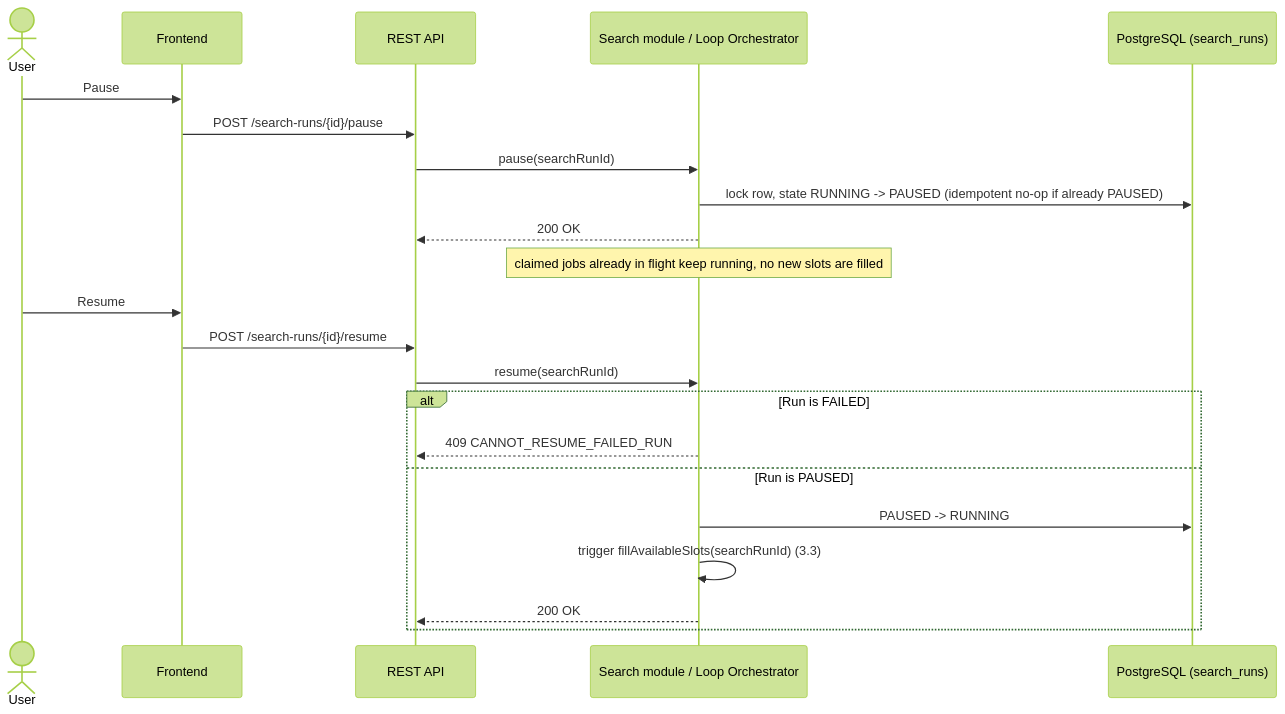
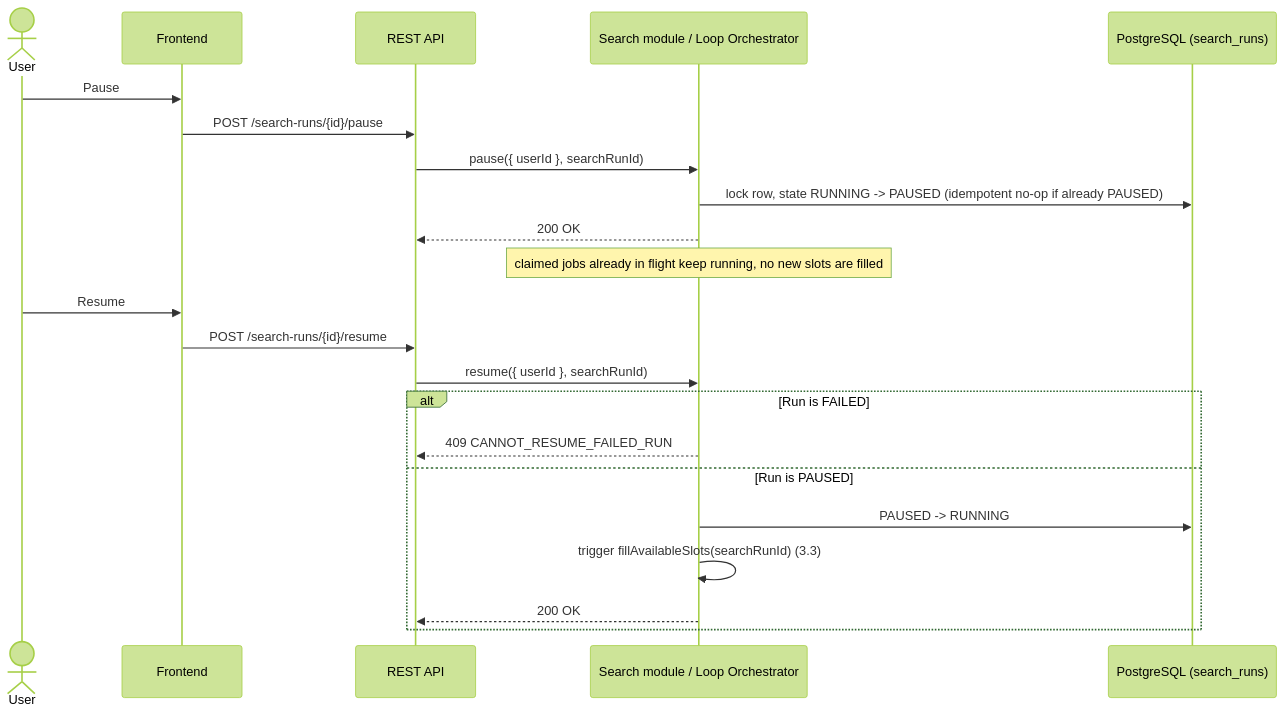
Before and after one commit to thanhdatttt/Cryptox: the fifth of 9 diagrams in openspec/specs/search-spec.md, drawn with Mermaid (forest theme). The commit also changed other lines of this file and 10 other files, not shown here.

````diff
--- a/openspec/specs/search-spec.md
+++ b/openspec/specs/search-spec.md
@@ -194,26 +201,26 @@
 ```mermaid
 sequenceDiagram
     actor U as User
     participant FE as Frontend
     participant API as REST API
     participant O as Search module / Loop Orchestrator
     participant PG as PostgreSQL (search_runs)
 
     U->>FE: Pause
     FE->>API: POST /search-runs/{id}/pause
-    API->>O: pause(searchRunId)
+    API->>O: pause({ userId }, searchRunId)
     O->>PG: lock row, state RUNNING -> PAUSED (idempotent no-op if already PAUSED)
     O-->>API: 200 OK
     Note over O: claimed jobs already in flight keep running, no new slots are filled
 
     U->>FE: Resume
     FE->>API: POST /search-runs/{id}/resume
-    API->>O: resume(searchRunId)
+    API->>O: resume({ userId }, searchRunId)
     alt Run is FAILED
         O-->>API: 409 CANNOT_RESUME_FAILED_RUN
     else Run is PAUSED
         O->>PG: PAUSED -> RUNNING
         O->>O: trigger fillAvailableSlots(searchRunId) (3.3)
         O-->>API: 200 OK
     end
 ```
````
